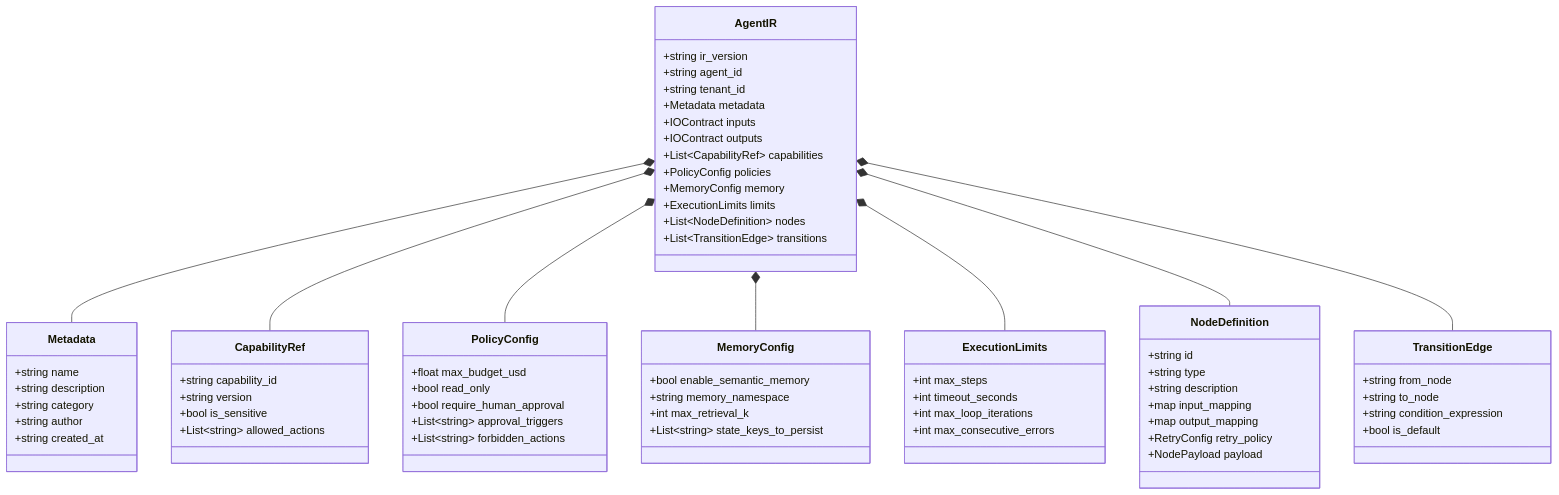
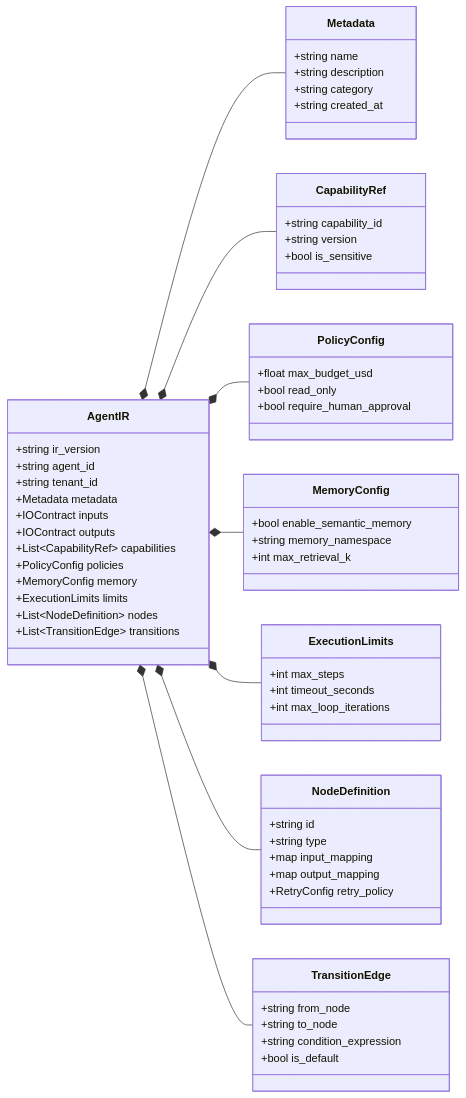
The diagram in docs/system-architecture/diagrams/05-agent-ir-structure.md (Kavisharora12/DelTix), drawn with Mermaid before and after one commit. The commit also changed other lines of this file and 7 other files, not shown here.

````diff
--- a/docs/system-architecture/diagrams/05-agent-ir-structure.md
+++ b/docs/system-architecture/diagrams/05-agent-ir-structure.md
@@ -5,79 +5,73 @@
 ```mermaid
 classDiagram
+    direction LR
+
     class AgentIR {
         +string ir_version
         +string agent_id
         +string tenant_id
         +Metadata metadata
         +IOContract inputs
         +IOContract outputs
         +List~CapabilityRef~ capabilities
         +PolicyConfig policies
         +MemoryConfig memory
         +ExecutionLimits limits
         +List~NodeDefinition~ nodes
         +List~TransitionEdge~ transitions
     }
 
     class Metadata {
         +string name
         +string description
         +string category
-        +string author
         +string created_at
     }
 
     class CapabilityRef {
         +string capability_id
         +string version
         +bool is_sensitive
-        +List~string~ allowed_actions
     }
 
     class PolicyConfig {
         +float max_budget_usd
         +bool read_only
         +bool require_human_approval
-        +List~string~ approval_triggers
-        +List~string~ forbidden_actions
     }
 
     class MemoryConfig {
         +bool enable_semantic_memory
         +string memory_namespace
         +int max_retrieval_k
-        +List~string~ state_keys_to_persist
     }
 
     class ExecutionLimits {
         +int max_steps
         +int timeout_seconds
         +int max_loop_iterations
-        +int max_consecutive_errors
     }
 
     class NodeDefinition {
         +string id
         +string type
-        +string description
         +map input_mapping
         +map output_mapping
         +RetryConfig retry_policy
-        +NodePayload payload
     }
 
     class TransitionEdge {
         +string from_node
         +string to_node
         +string condition_expression
         +bool is_default
     }
 
     AgentIR *-- Metadata
     AgentIR *-- CapabilityRef
     AgentIR *-- PolicyConfig
     AgentIR *-- MemoryConfig
     AgentIR *-- ExecutionLimits
     AgentIR *-- NodeDefinition
     AgentIR *-- TransitionEdge
 ```
````
